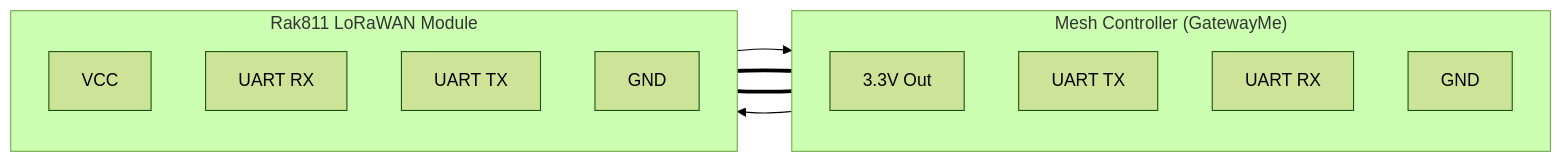
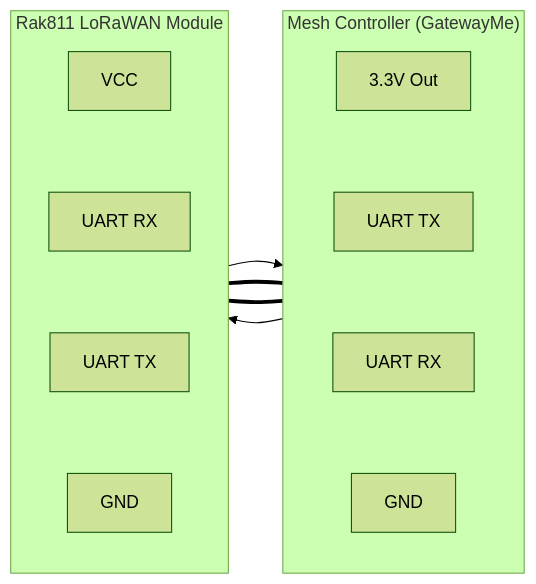
Before and after one commit to JohanScheepers/Sensors: the diagram in GatewayMe/LoRaWAN/README.md, drawn with Mermaid (forest theme).

Commit message:
Update on LoRaWan readme

````diff
--- a/GatewayMe/LoRaWAN/README.md
+++ b/GatewayMe/LoRaWAN/README.md
@@ -32,26 +32,20 @@
 ```mermaid
 graph LR
     subgraph Mesh_Controller ["Mesh Controller (GatewayMe)"]
         direction TB
-        MCU_3V3["3.3V Out"]
-        MCU_TX["UART TX"]
-        MCU_RX["UART RX"]
-        MCU_GND["GND"]
+        MCU_3V3["3.3V Out"] ~~~ MCU_TX["UART TX"] ~~~ MCU_RX["UART RX"] ~~~ MCU_GND["GND"]
     end
 
     subgraph Rak811 ["Rak811 LoRaWAN Module"]
         direction TB
-        RAK_VCC["VCC"]
-        RAK_RX["UART RX"]
-        RAK_TX["UART TX"]
-        RAK_GND["GND"]
+        RAK_VCC["VCC"] ~~~ RAK_RX["UART RX"] ~~~ RAK_TX["UART TX"] ~~~ RAK_GND["GND"]
     end
 
     %% Power Connections
     MCU_3V3 === RAK_VCC
     MCU_GND === RAK_GND
 
     %% Data Connections
     MCU_TX --> RAK_RX
     RAK_TX --> MCU_RX
 ```
````
